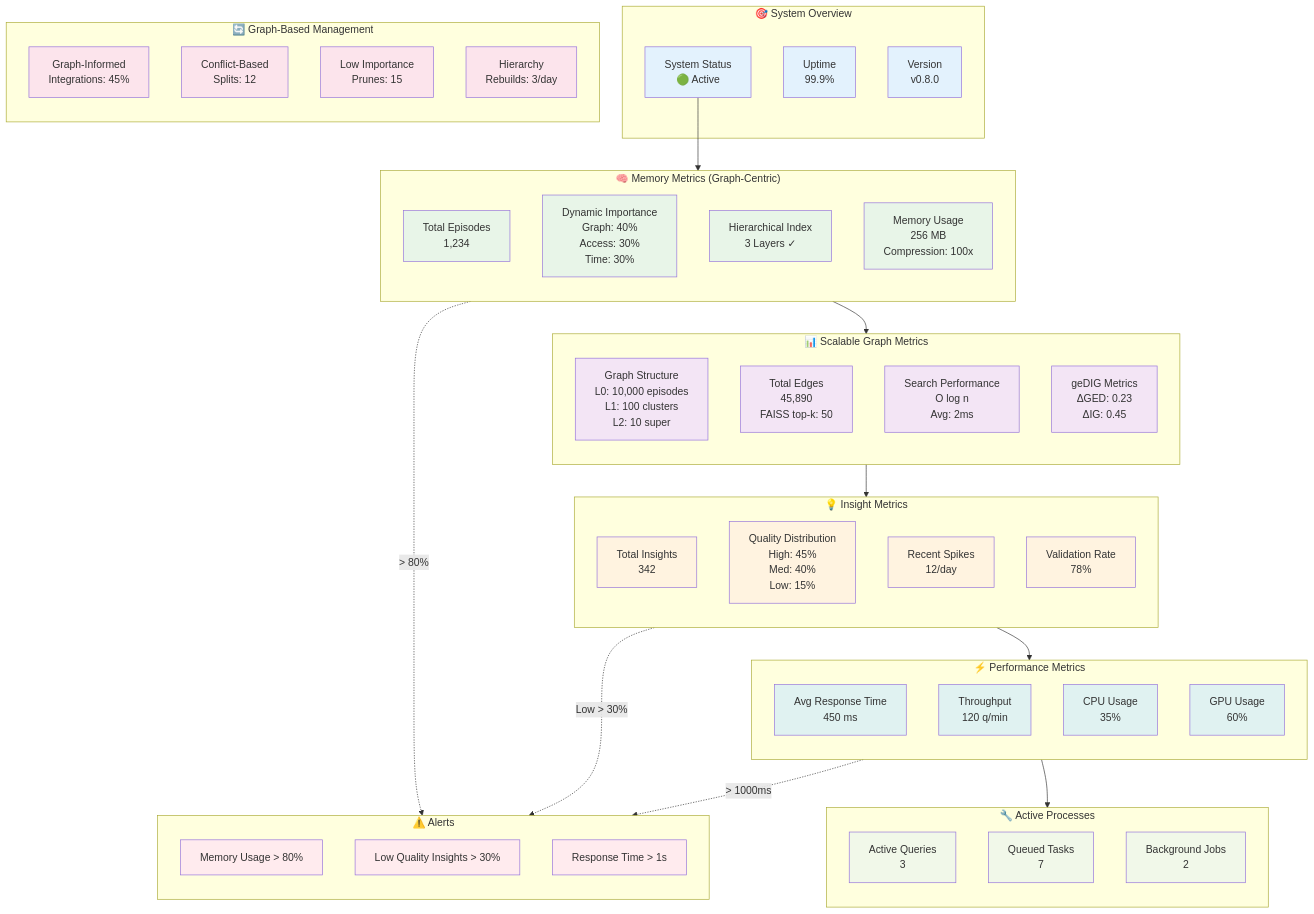
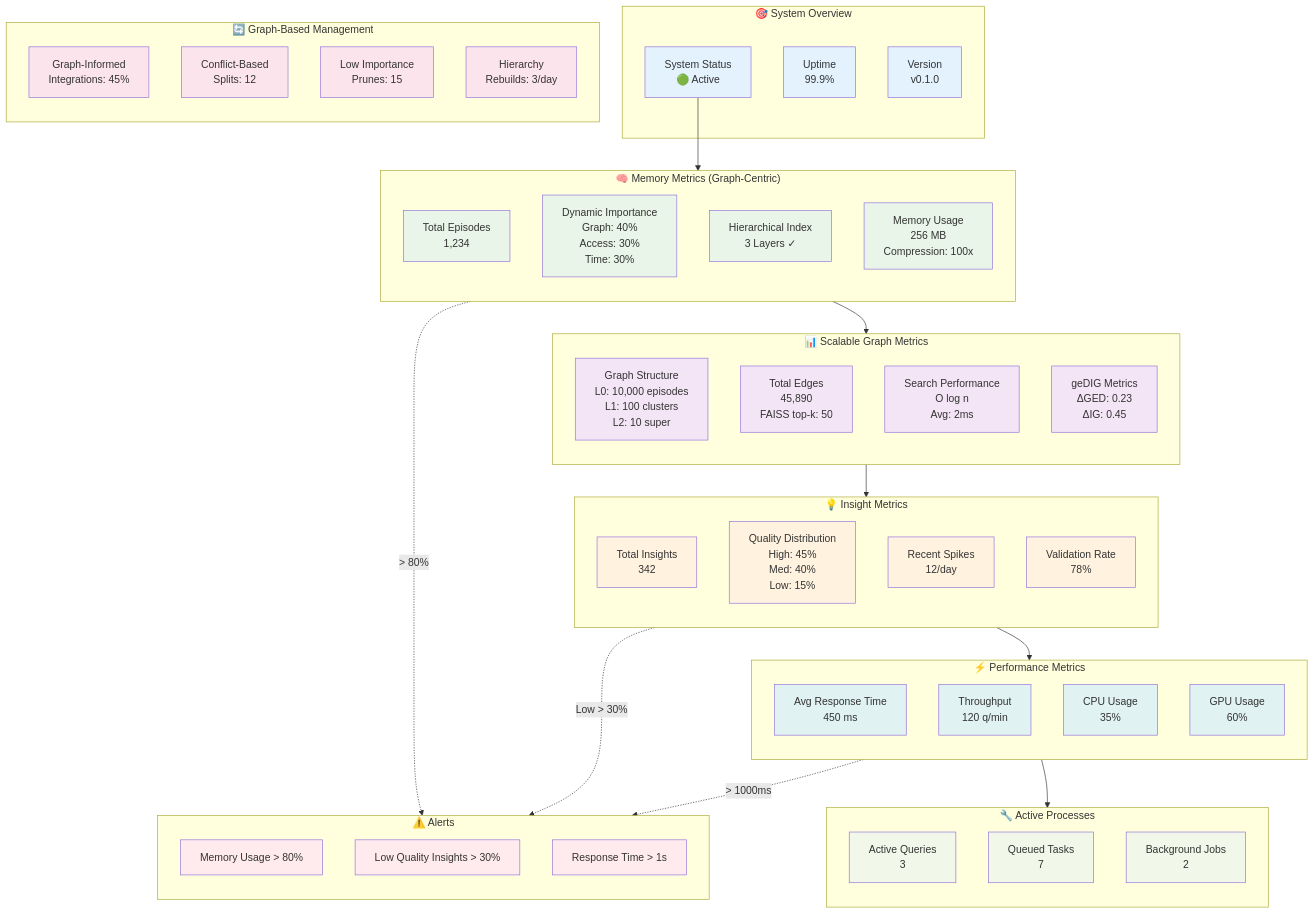
Before and after one commit to miyauchikazuyoshi/InsightSpike-AI: the diagram in docs/diagrams/SYSTEM_DASHBOARD.mermaid, drawn with Mermaid. The commit also changed 11 other files, not shown here.

```diff
--- a/docs/diagrams/SYSTEM_DASHBOARD.mermaid
+++ b/docs/diagrams/SYSTEM_DASHBOARD.mermaid
@@ -1,102 +1,102 @@
 %% InsightSpike-AI System Dashboard
 %% Real-time system metrics and performance monitoring
 
 flowchart TB
     %% System Overview
     subgraph "🎯 System Overview"
         Status[System Status<br/>🟢 Active]
         Uptime[Uptime<br/>99.9%]
-        Version[Version<br/>v0.8.0]
+        Version[Version<br/>v0.1.0]
     end
     
     %% Memory Metrics
     subgraph "🧠 Memory Metrics (Graph-Centric)"
         direction TB
         Episodes[Total Episodes<br/>1,234]
         Importance[Dynamic Importance<br/>Graph: 40%<br/>Access: 30%<br/>Time: 30%]
         IndexStatus[Hierarchical Index<br/>3 Layers ✓]
         MemoryUsage[Memory Usage<br/>256 MB<br/>Compression: 100x]
     end
     
     %% Graph Metrics
     subgraph "📊 Scalable Graph Metrics"
         direction TB
         Nodes[Graph Structure<br/>L0: 10,000 episodes<br/>L1: 100 clusters<br/>L2: 10 super]
         Edges[Total Edges<br/>45,890<br/>FAISS top-k: 50]
         SearchPerf[Search Performance<br/>O log n<br/>Avg: 2ms]
         GeDIG[geDIG Metrics<br/>ΔGED: 0.23<br/>ΔIG: 0.45]
     end
     
     %% Insight Metrics
     subgraph "💡 Insight Metrics"
         direction TB
         TotalInsights[Total Insights<br/>342]
         QualityDist[Quality Distribution<br/>High: 45%<br/>Med: 40%<br/>Low: 15%]
         RecentSpikes[Recent Spikes<br/>12/day]
         ValidationRate[Validation Rate<br/>78%]
     end
     
     %% Performance Metrics
     subgraph "⚡ Performance Metrics"
         direction TB
         ResponseTime[Avg Response Time<br/>450 ms]
         Throughput[Throughput<br/>120 q/min]
         CPUUsage[CPU Usage<br/>35%]
         GPUUsage[GPU Usage<br/>60%]
     end
     
     %% Episode Management Activity
     subgraph "🔄 Graph-Based Management"
         direction TB
         GraphIntegrations[Graph-Informed<br/>Integrations: 45%]
         ConflictSplits[Conflict-Based<br/>Splits: 12]
         ImportancePrunes[Low Importance<br/>Prunes: 15]
         HierarchyRebuilds[Hierarchy<br/>Rebuilds: 3/day]
     end
     
     %% Active Processes
     subgraph "🔧 Active Processes"
         direction TB
         ActiveQueries[Active Queries<br/>3]
         QueuedTasks[Queued Tasks<br/>7]
         BackgroundJobs[Background Jobs<br/>2]
     end
     
     %% Alerts and Warnings
     subgraph "⚠️ Alerts"
         direction TB
         MemoryAlert[Memory Usage > 80%]
         QualityAlert[Low Quality Insights > 30%]
         PerformanceAlert[Response Time > 1s]
     end
     
     %% Flow connections
     Status --> Episodes
     Episodes --> Nodes
     Nodes --> TotalInsights
     TotalInsights --> ResponseTime
     ResponseTime --> ActiveQueries
     
     %% Alert triggers
     MemoryUsage -.->|> 80%| MemoryAlert
     QualityDist -.->|Low > 30%| QualityAlert
     ResponseTime -.->|> 1000ms| PerformanceAlert
     
     %% Styling
     classDef overview fill:#e3f2fd
     classDef memory fill:#e8f5e8
     classDef graphLayer fill:#f3e5f5
     classDef insight fill:#fff3e0
     classDef performance fill:#e0f2f1
     classDef management fill:#fce4ec
     classDef process fill:#f1f8e9
     classDef alert fill:#ffebee
     
     class Status,Uptime,Version overview
     class Episodes,Importance,IndexStatus,MemoryUsage memory
     class Nodes,Edges,SearchPerf,GeDIG graphLayer
     class TotalInsights,QualityDist,RecentSpikes,ValidationRate insight
     class ResponseTime,Throughput,CPUUsage,GPUUsage performance
     class GraphIntegrations,ConflictSplits,ImportancePrunes,HierarchyRebuilds management
     class ActiveQueries,QueuedTasks,BackgroundJobs process
     class MemoryAlert,QualityAlert,PerformanceAlert alert
```
